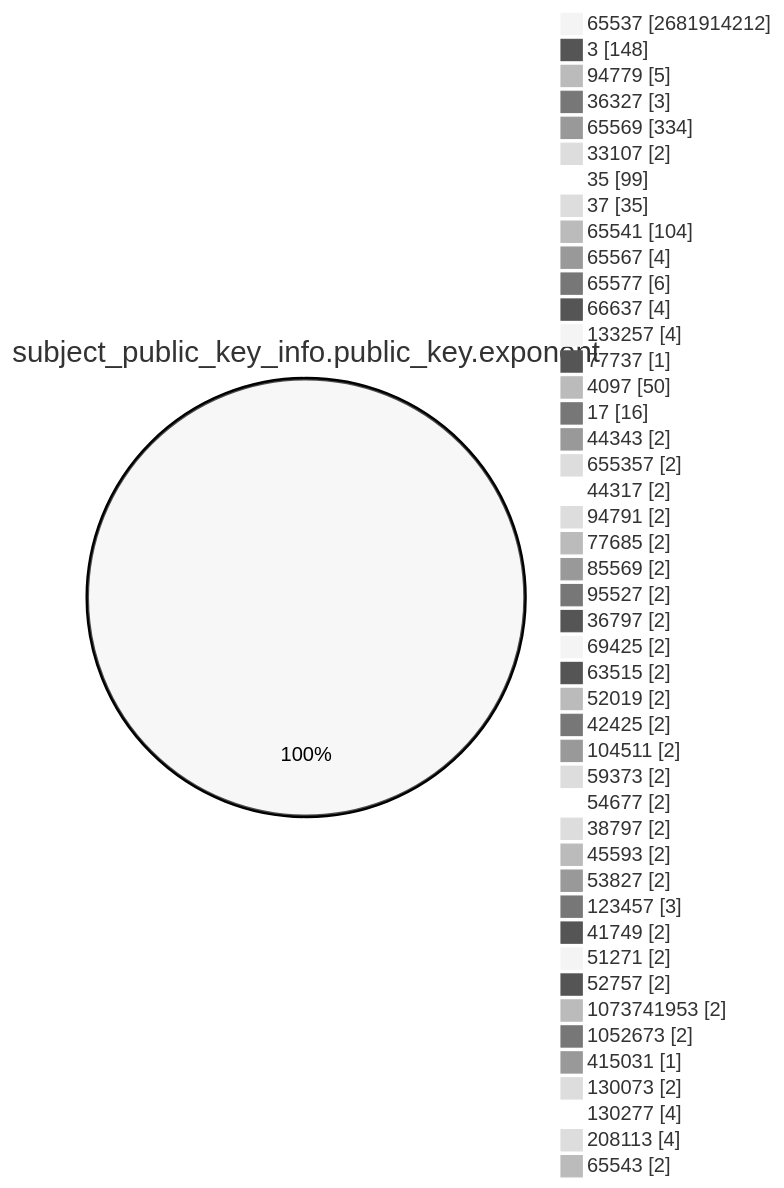
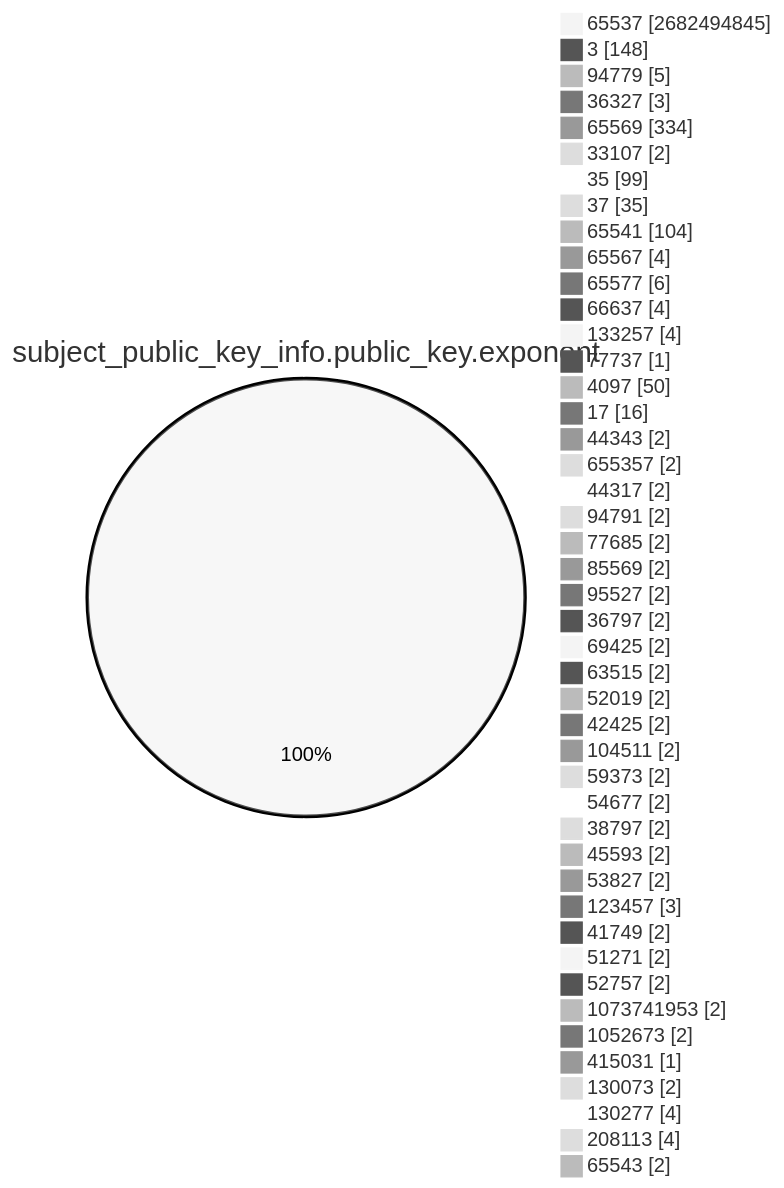
One commit to christiankrug/ctmonitor_visualization changed the fourth of 15 diagrams in TOTAL/README.md. Above: the diagram before and after it, drawn with Mermaid (neutral theme). The commit also changed other lines of this file, not shown here.

````diff
--- a/TOTAL/README.md
+++ b/TOTAL/README.md
@@ -1467,49 +1467,49 @@
 ```mermaid
 pie showData
 title subject_public_key_info.public_key.exponent
-"65537" :2681914212
+"65537" :2682494845
 "3" :148
 "94779" :5
 "36327" :3
 "65569" :334
 "33107" :2
 "35" :99
 "37" :35
 "65541" :104
 "65567" :4
 "65577" :6
 "66637" :4
 "133257" :4
 "77737" :1
 "4097" :50
 "17" :16
 "44343" :2
 "655357" :2
 "44317" :2
 "94791" :2
 "77685" :2
 "85569" :2
 "95527" :2
 "36797" :2
 "69425" :2
 "63515" :2
 "52019" :2
 "42425" :2
 "104511" :2
 "59373" :2
 "54677" :2
 "38797" :2
 "45593" :2
 "53827" :2
 "123457" :3
 "41749" :2
 "51271" :2
 "52757" :2
 "1073741953" :2
 "1052673" :2
 "415031" :1
 "130073" :2
 "130277" :4
 "208113" :4
 "65543" :2
 ```
````
